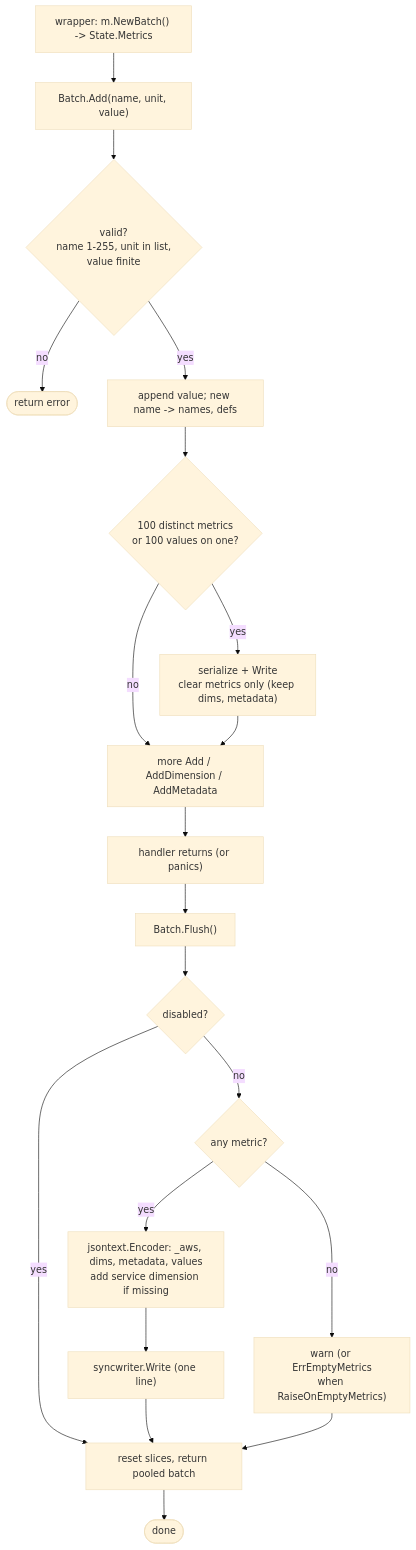
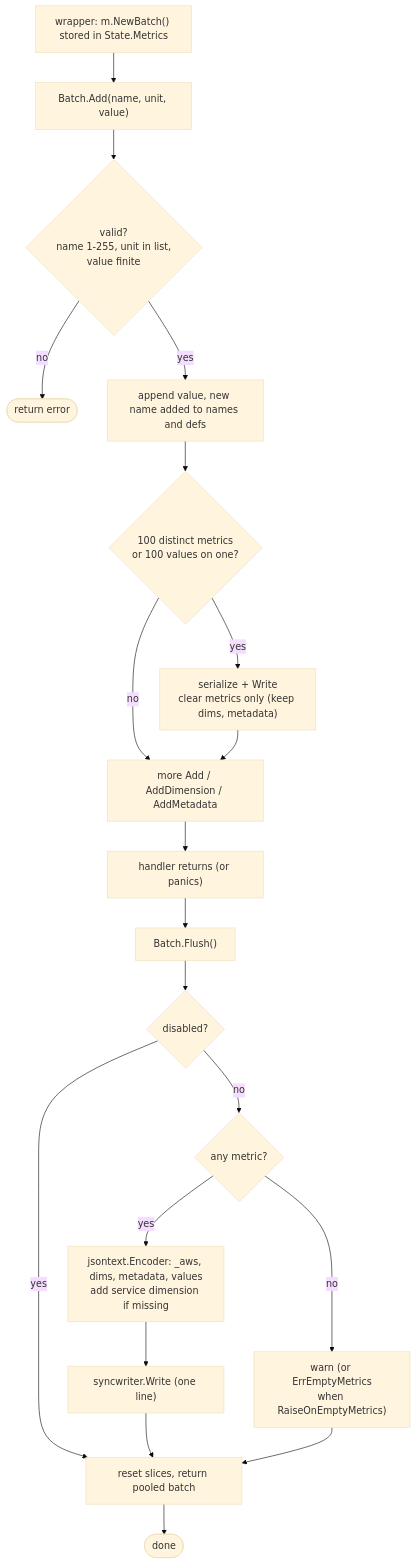
The second of 2 diagrams in 03-metrics.md (christiangda/powertools-lambda-go-plan), drawn with Mermaid (base theme) before and after one commit. The commit also changed other lines of this file and 6 other files, not shown here.

First line of the commit message:
Fix Mermaid diagrams for GitHub rendering

````diff
--- a/03-metrics.md
+++ b/03-metrics.md
@@ -217,22 +217,22 @@
 ```mermaid
 flowchart TD
-  nb["wrapper: m.NewBatch() -> State.Metrics"] --> add["Batch.Add(name, unit, value)"]
+  nb["wrapper: m.NewBatch() stored in State.Metrics"] --> add["Batch.Add(name, unit, value)"]
   add --> v{valid?<br/>name 1-255, unit in list,<br/>value finite}
   v -- no --> err([return error])
-  v -- yes --> store["append value; new name -> names, defs"]
+  v -- yes --> store["append value, new name added to names and defs"]
   store --> lim{100 distinct metrics<br/>or 100 values on one?}
   lim -- yes --> auto["serialize + Write<br/>clear metrics only (keep dims, metadata)"]
   lim -- no --> more["more Add / AddDimension / AddMetadata"]
   auto --> more
   more --> endh["handler returns (or panics)"]
   endh --> fl["Batch.Flush()"]
   fl --> dis{disabled?}
   dis -- yes --> reset
   dis -- no --> empty{any metric?}
   empty -- no --> warn["warn (or ErrEmptyMetrics<br/>when RaiseOnEmptyMetrics)"]
   empty -- yes --> ser["jsontext.Encoder: _aws, dims, metadata, values<br/>add service dimension if missing"]
   ser --> w["syncwriter.Write (one line)"]
   w --> reset["reset slices, return pooled batch"]
   warn --> reset
   reset --> done([done])
 ```
````
